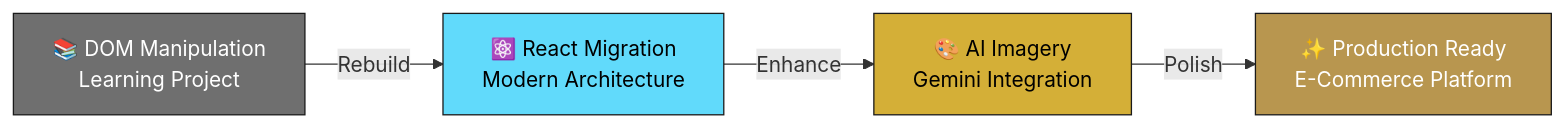
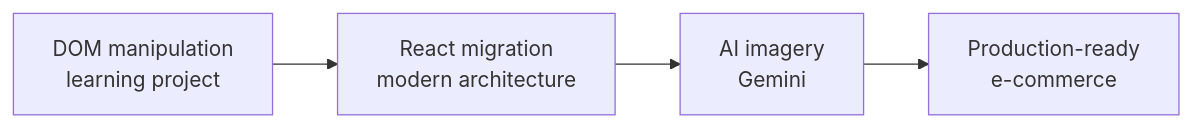
One commit to joaogalimberti/solene-ecommerce-page changed the first of 2 diagrams in README.md. Above: the diagram before and after it, drawn with Mermaid. The commit also changed other lines of this file, not shown here.

````diff
--- a/README.md
+++ b/README.md
@@ -34,11 +28,6 @@
 ```mermaid
 graph LR
-    A[📚 DOM Manipulation<br/>Learning Project] -->|Rebuild| B[⚛️ React Migration<br/>Modern Architecture]
-    B -->|Enhance| C[🎨 AI Imagery<br/>Gemini Integration]
-    C -->|Polish| D[✨ Production Ready<br/>E-Commerce Platform]
-    
-    style A fill:#6f6f6f,stroke:#1a1a1a,color:#fff
-    style B fill:#61dafb,stroke:#1a1a1a,color:#000
-    style C fill:#d4af37,stroke:#1a1a1a,color:#000
-    style D fill:#b8964f,stroke:#1a1a1a,color:#fff
+    A[DOM manipulation<br/>learning project] --> B[React migration<br/>modern architecture]
+    B --> C[AI imagery<br/>Gemini]
+    C --> D[Production-ready<br/>e-commerce]
 ```
````
